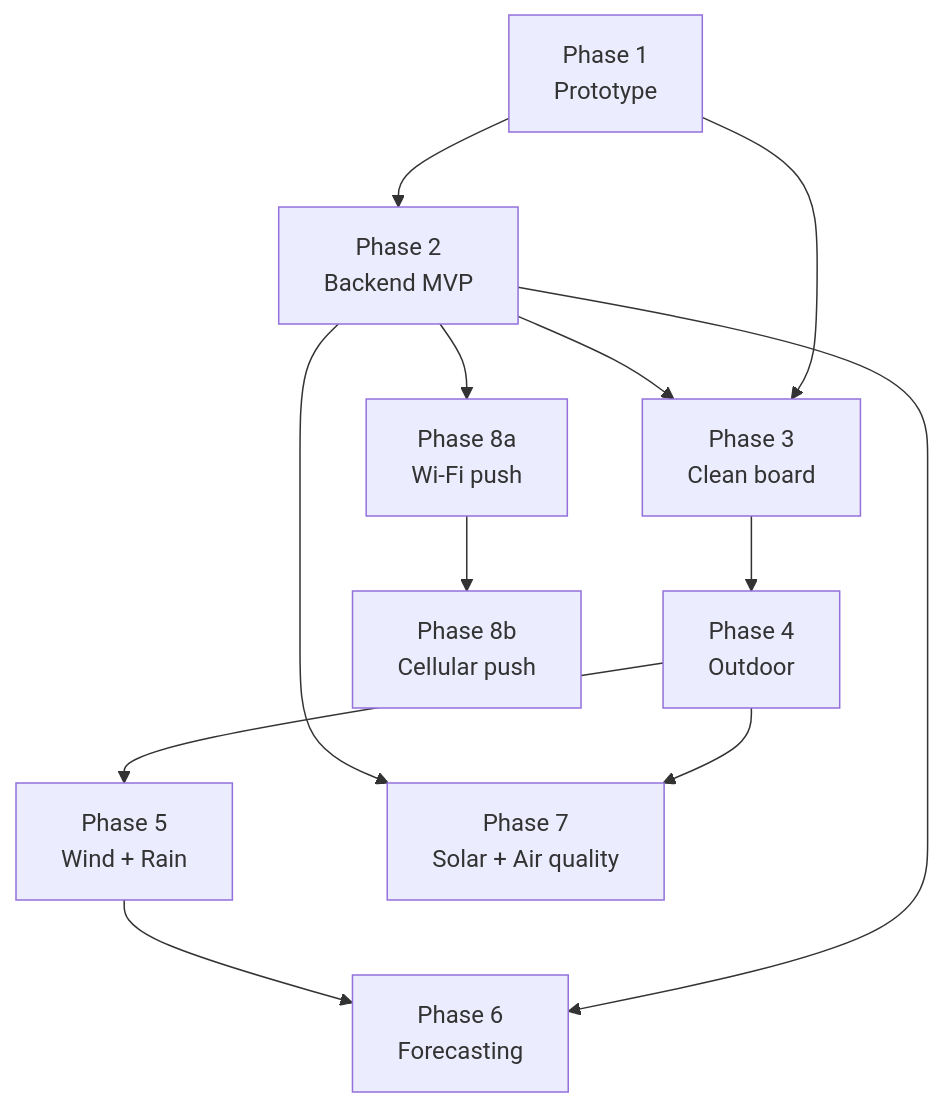
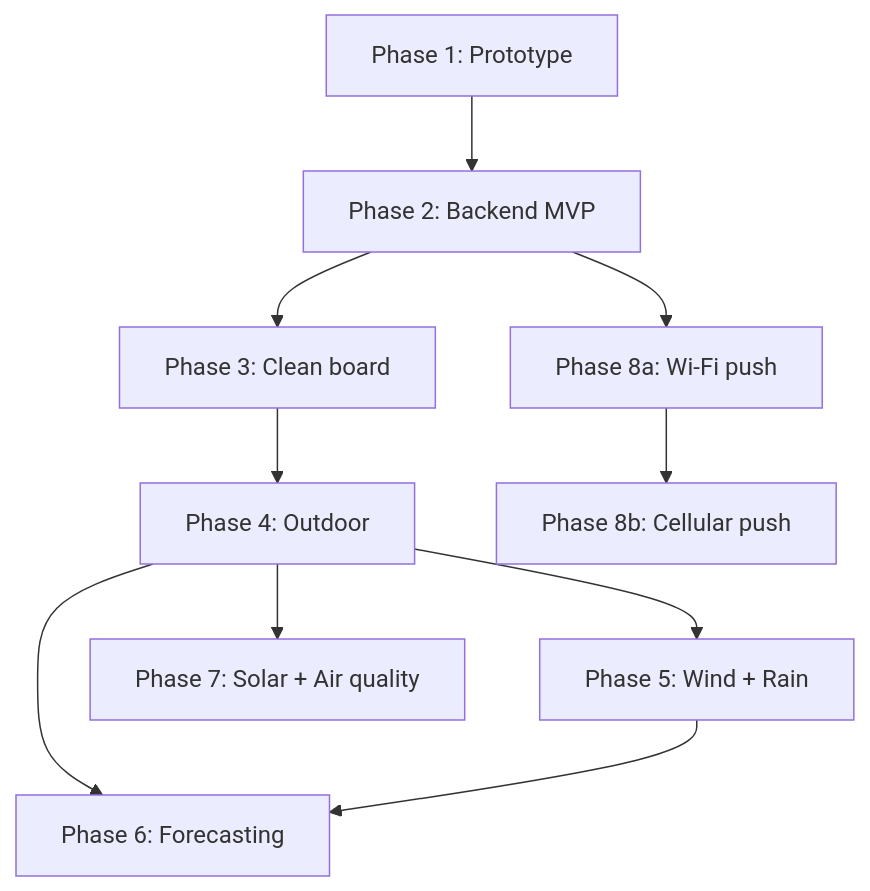
One commit to wg1d/personal-autonomous-weather-station changed the diagram in README.md. Above: the diagram before and after it, drawn with Mermaid. The commit also changed 1 other file, not shown here.

Commit message:
docs: clean up dependency graph
Remove redundant transitive arrows (P1->P3, P2->P7, P2->P6).
Add missing P4->P6 (forecasting needs outdoor data, not just backend).
Replace \n in node labels with : for better Mermaid renderer compat.
Fix Phase 6 prerequisites to reflect P4+P5 as actual blockers.

````diff
--- a/README.md
+++ b/README.md
@@ -29,14 +29,12 @@
 ```mermaid
 flowchart TD
-    P1[Phase 1\nPrototype] --> P2[Phase 2\nBackend MVP]
-    P1 --> P3[Phase 3\nClean board]
-    P2 --> P3
-    P3 --> P4[Phase 4\nOutdoor]
-    P4 --> P5[Phase 5\nWind + Rain]
-    P2 --> P6[Phase 6\nForecasting]
+    P1[Phase 1: Prototype] --> P2[Phase 2: Backend MVP]
+    P2 --> P3[Phase 3: Clean board]
+    P3 --> P4[Phase 4: Outdoor]
+    P4 --> P5[Phase 5: Wind + Rain]
+    P4 --> P6[Phase 6: Forecasting]
     P5 --> P6
-    P4 --> P7[Phase 7\nSolar + Air quality]
-    P2 --> P7
-    P2 --> P8a[Phase 8a\nWi-Fi push]
-    P8a --> P8b[Phase 8b\nCellular push]
+    P4 --> P7[Phase 7: Solar + Air quality]
+    P2 --> P8a[Phase 8a: Wi-Fi push]
+    P8a --> P8b[Phase 8b: Cellular push]
 ```
````
